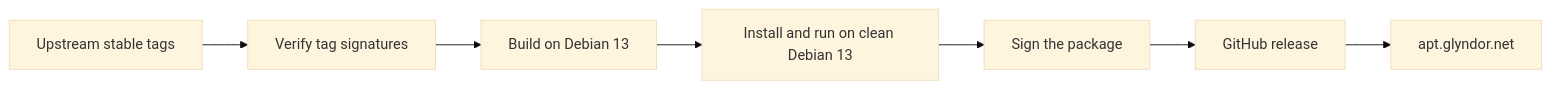
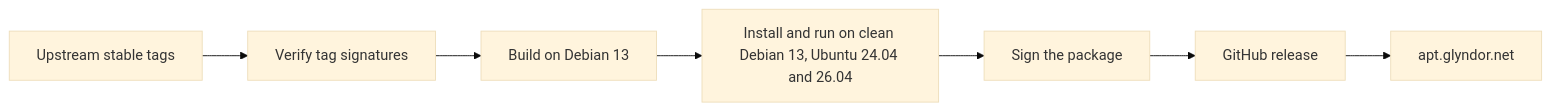
Before and after one commit to Glyndor/podman: the diagram in README.md, drawn with Mermaid (base theme). The commit also changed other lines of this file and 5 other files, not shown here.

First line of the commit message:
feat: one package that installs on Debian 13 and Ubuntu 24.04 and 26.04

````diff
--- a/README.md
+++ b/README.md
@@ -21,9 +21,9 @@
 ```mermaid
 flowchart LR
   A[Upstream stable tags] --> B[Verify tag signatures]
   B --> C[Build on Debian 13]
-  C --> D[Install and run on clean Debian 13]
+  C --> D[Install and run on clean Debian 13, Ubuntu 24.04 and 26.04]
   D --> E[Sign the package]
   E --> F[GitHub release]
   F --> G[apt.glyndor.net]
 ```
````
